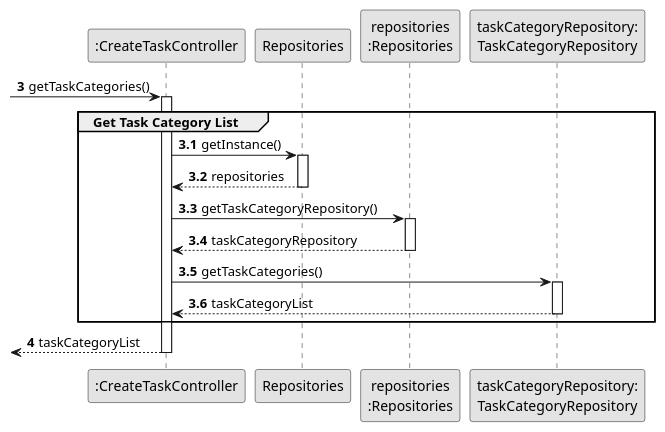
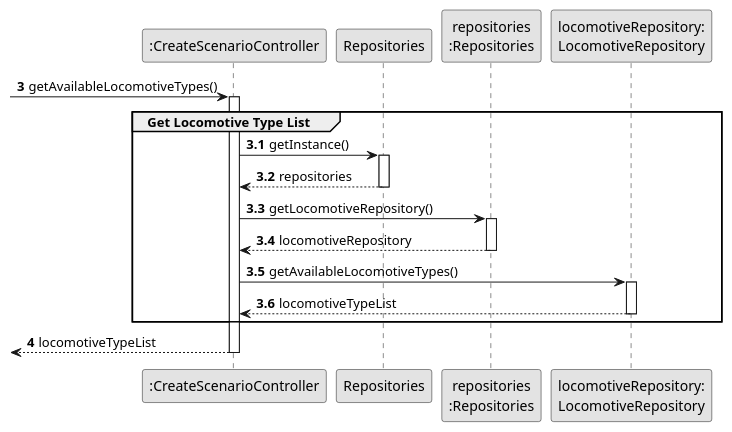
Before and after one commit to bruno-monteiro5/sem2-pi-24.25-g132-repo: the diagram in docs/system-documentation/US004/03.design/puml/US004-SD-partial-get-task-category-list.puml, drawn with PlantUML. The commit also changed 3 other files, not shown here.

Commit message:
US04 SDpartial get task list design done

```diff
--- a/docs/system-documentation/US004/03.design/puml/US004-SD-partial-get-task-category-list.puml
+++ b/docs/system-documentation/US004/03.design/puml/US004-SD-partial-get-task-category-list.puml
@@ -1,42 +1,39 @@
 @startuml
 skinparam monochrome true
 skinparam packageStyle rectangle
 skinparam shadowing false
 
 autonumber
 
-'hide footbox
-
-participant ":CreateTaskController" as CTRL
+participant ":CreateScenarioController" as CTRL
 participant "Repositories" as REPOS
 participant "repositories\n:Repositories" as REPOS_SINGLETON
-participant "taskCategoryRepository:\nTaskCategoryRepository" as TASK_CAT_REPO
+participant "locomotiveRepository:\nLocomotiveRepository" as LOCO_REPO
 
 autonumber 3
-
- -> CTRL : getTaskCategories()
+-> CTRL : getAvailableLocomotiveTypes()
 autonumber 3.1
 activate CTRL
-    group Get Task Category List
+    group Get Locomotive Type List
 
-            CTRL -> REPOS : getInstance()
-            activate REPOS
-                REPOS --> CTRL: repositories
-            deactivate REPOS
+        CTRL -> REPOS : getInstance()
+        activate REPOS
+            REPOS --> CTRL : repositories
+        deactivate REPOS
 
-            CTRL -> REPOS_SINGLETON : getTaskCategoryRepository()
-            activate REPOS_SINGLETON
-                REPOS_SINGLETON --> CTRL: taskCategoryRepository
-            deactivate REPOS_SINGLETON
+        CTRL -> REPOS_SINGLETON : getLocomotiveRepository()
+        activate REPOS_SINGLETON
+            REPOS_SINGLETON --> CTRL : locomotiveRepository
+        deactivate REPOS_SINGLETON
 
-            CTRL -> TASK_CAT_REPO : getTaskCategories()
-            activate TASK_CAT_REPO
-                TASK_CAT_REPO --> CTRL : taskCategoryList
-            deactivate TASK_CAT_REPO
+        CTRL -> LOCO_REPO : getAvailableLocomotiveTypes()
+        activate LOCO_REPO
+            LOCO_REPO --> CTRL : locomotiveTypeList
+        deactivate LOCO_REPO
 
     end
-    autonumber 4
-    <-- CTRL  : taskCategoryList
+autonumber 4
+<-- CTRL : locomotiveTypeList
 deactivate CTRL
 
 @enduml
```
